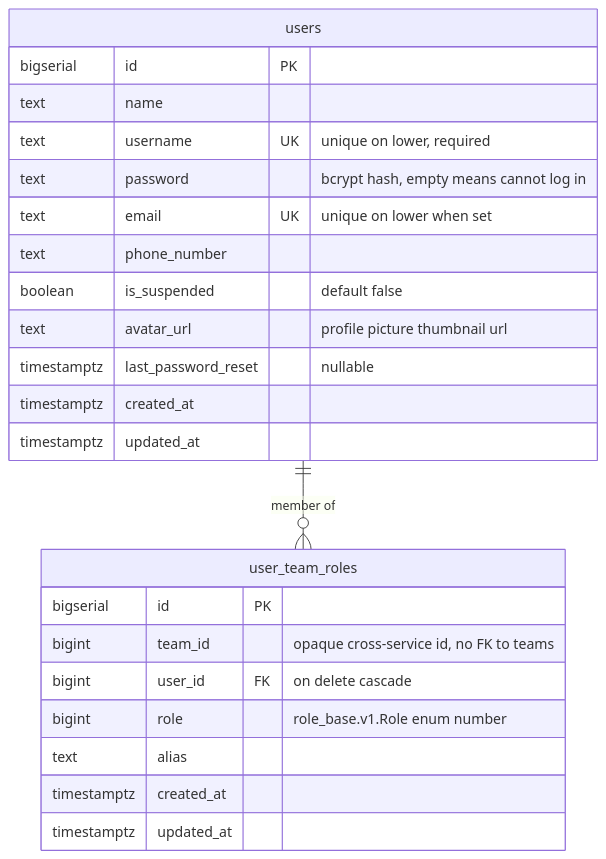
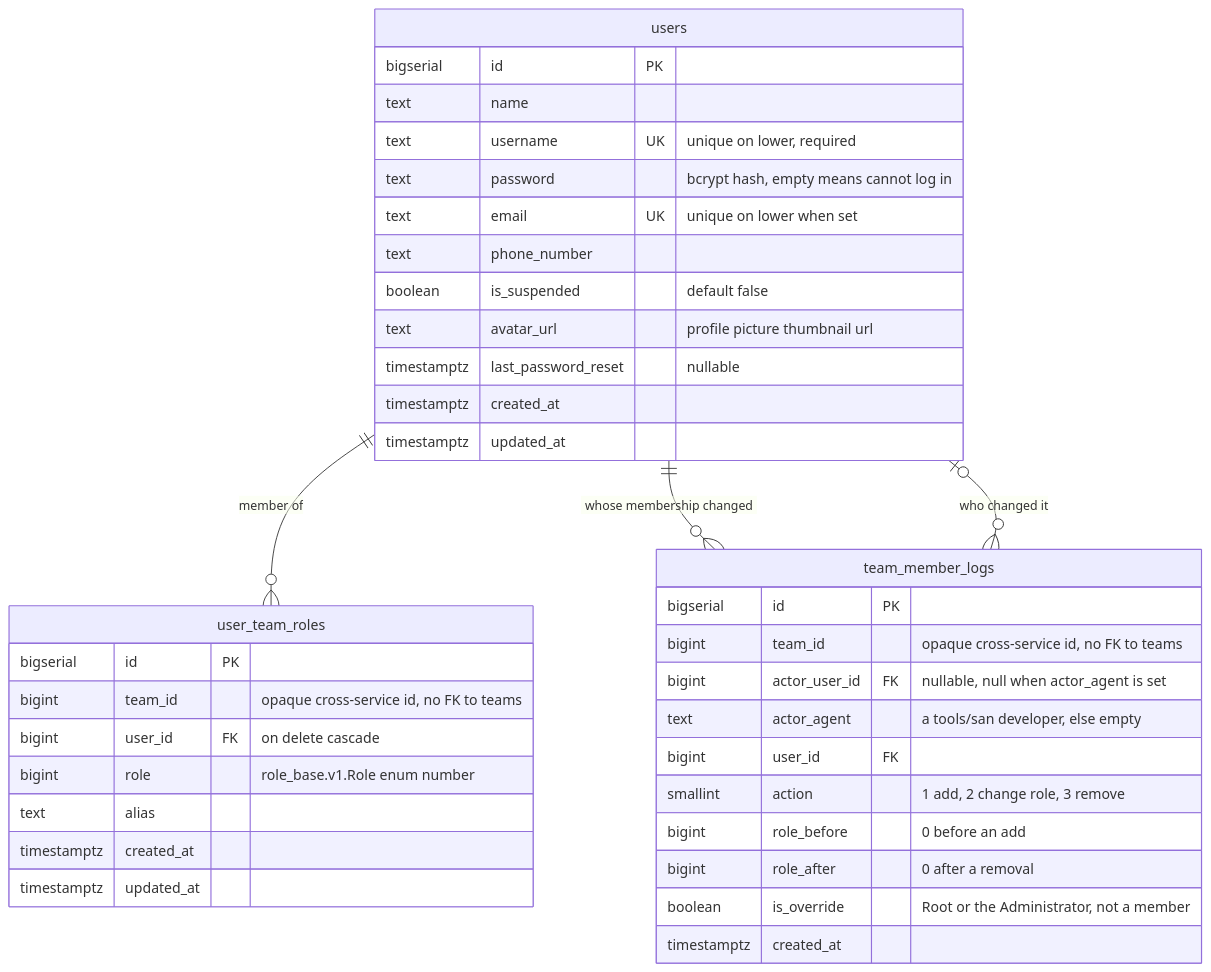
One commit to pdcgo/warehouse_revamp changed the second of 16 diagrams in docs/database-schema.md. Above: the diagram before and after it, drawn with Mermaid. The commit also changed other lines of this file and 26 other files, not shown here.

First line of the commit message:
user: the membership log - every add, role change and removal is a row (every-role-change-is-logged)

````diff
--- a/docs/database-schema.md
+++ b/docs/database-schema.md
@@ -102,28 +102,43 @@
 ```mermaid
 erDiagram
     users ||--o{ user_team_roles : "member of"
+    users ||--o{ team_member_logs : "whose membership changed"
+    users |o--o{ team_member_logs : "who changed it"
 
     users {
         bigserial   id                  PK
         text        name
         text        username            UK "unique on lower, required"
         text        password            "bcrypt hash, empty means cannot log in"
         text        email               UK "unique on lower when set"
         text        phone_number
         boolean     is_suspended        "default false"
         text        avatar_url          "profile picture thumbnail url"
         timestamptz last_password_reset "nullable"
         timestamptz created_at
         timestamptz updated_at
     }
 
     user_team_roles {
         bigserial   id         PK
         bigint      team_id    "opaque cross-service id, no FK to teams"
         bigint      user_id    FK "on delete cascade"
         bigint      role       "role_base.v1.Role enum number"
         text        alias
         timestamptz created_at
         timestamptz updated_at
     }
+
+    team_member_logs {
+        bigserial   id            PK
+        bigint      team_id       "opaque cross-service id, no FK to teams"
+        bigint      actor_user_id FK "nullable, null when actor_agent is set"
+        text        actor_agent   "a tools/san developer, else empty"
+        bigint      user_id       FK
+        smallint    action        "1 add, 2 change role, 3 remove"
+        bigint      role_before   "0 before an add"
+        bigint      role_after    "0 after a removal"
+        boolean     is_override   "Root or the Administrator, not a member"
+        timestamptz created_at
+    }
 ```
````
